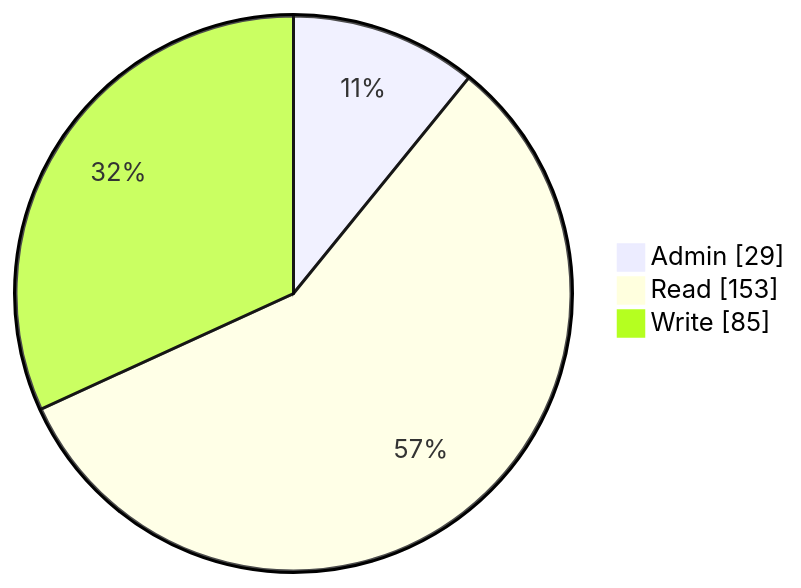
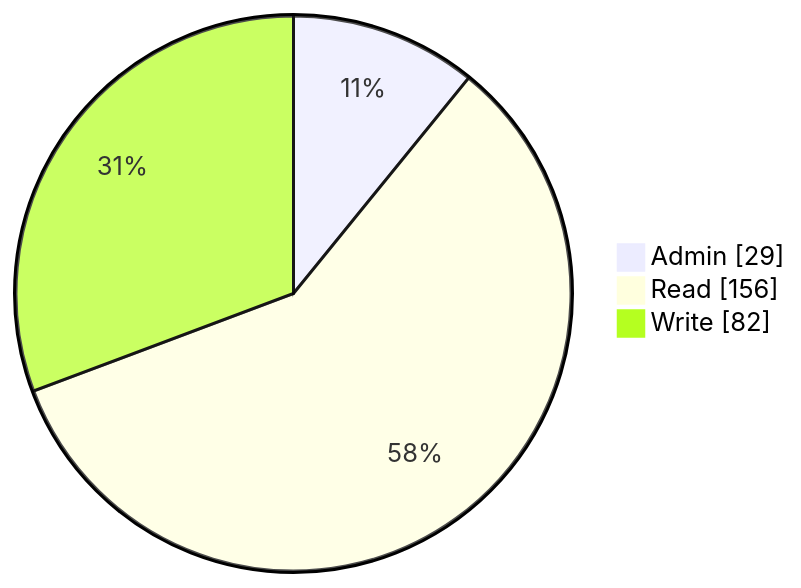
Before and after one commit to qzg/opensearch-lite: the third of 4 diagrams in docs/api-coverage.md, drawn with Mermaid. The commit also changed other lines of this file and 9 other files, not shown here.

````diff
--- a/docs/api-coverage.md
+++ b/docs/api-coverage.md
@@ -53,6 +53,6 @@
 ```mermaid
 pie showData
   "Admin" : 29
-  "Read" : 153
-  "Write" : 85
+  "Read" : 156
+  "Write" : 82
 ```
````
